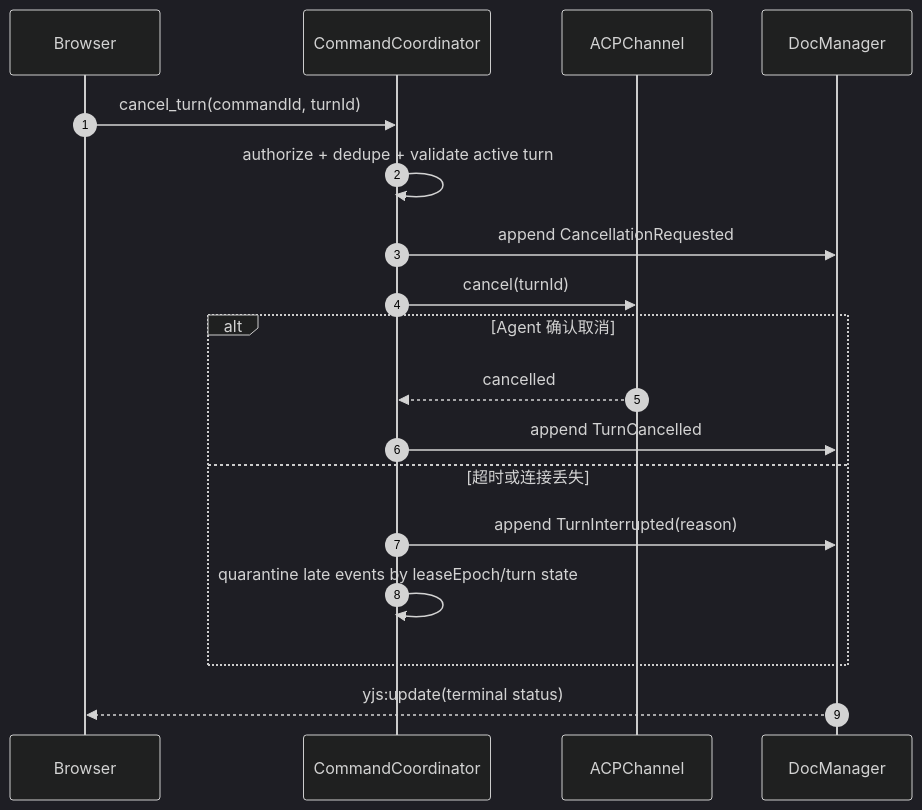
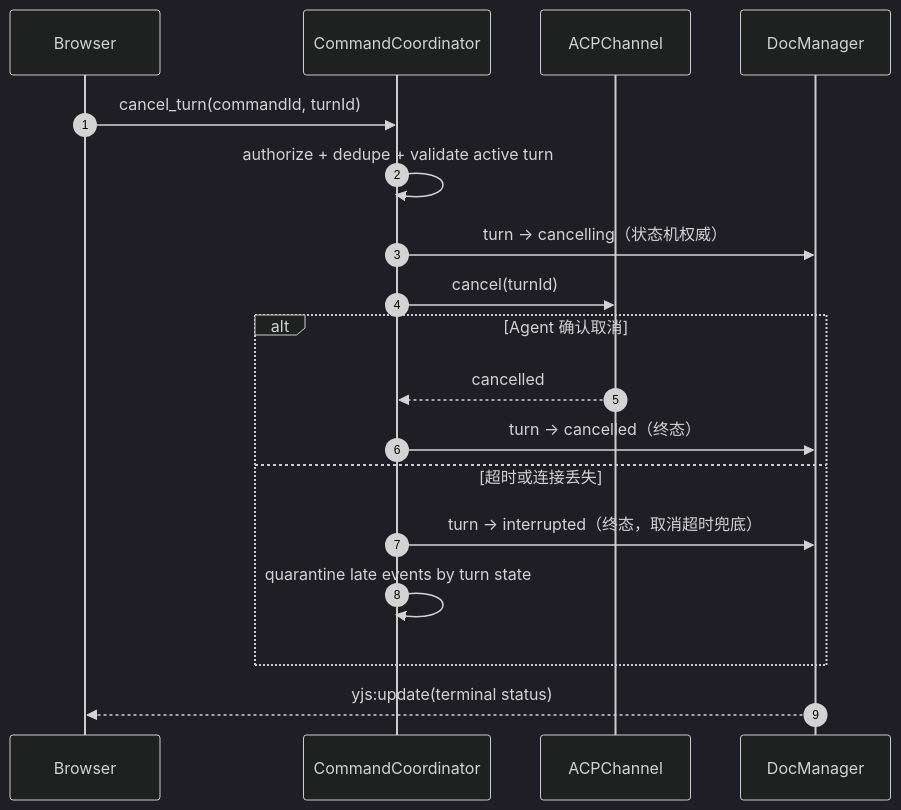
The sixth of 10 diagrams in docs/arch/19-yjs-chat-streaming.md (HuangPuStar/FenixAgent), drawn with Mermaid (dark theme) before and after one commit. The commit also changed other lines of this file and 17 other files, not shown here.

````diff
--- a/docs/arch/19-yjs-chat-streaming.md
+++ b/docs/arch/19-yjs-chat-streaming.md
@@ -313,21 +319,21 @@
 ```mermaid
 sequenceDiagram
     autonumber
     participant B as Browser
     participant CC as CommandCoordinator
     participant ACP as ACPChannel
     participant DM as DocManager
 
     B->>CC: cancel_turn(commandId, turnId)
     CC->>CC: authorize + dedupe + validate active turn
-    CC->>DM: append CancellationRequested
+    CC->>DM: turn → cancelling（状态机权威）
     CC->>ACP: cancel(turnId)
     alt Agent 确认取消
         ACP-->>CC: cancelled
-        CC->>DM: append TurnCancelled
+        CC->>DM: turn → cancelled（终态）
     else 超时或连接丢失
-        CC->>DM: append TurnInterrupted(reason)
-        CC->>CC: quarantine late events by leaseEpoch/turn state
+        CC->>DM: turn → interrupted（终态，取消超时兜底）
+        CC->>CC: quarantine late events by turn state
     end
     DM-->>B: yjs:update(terminal status)
 ```
````
